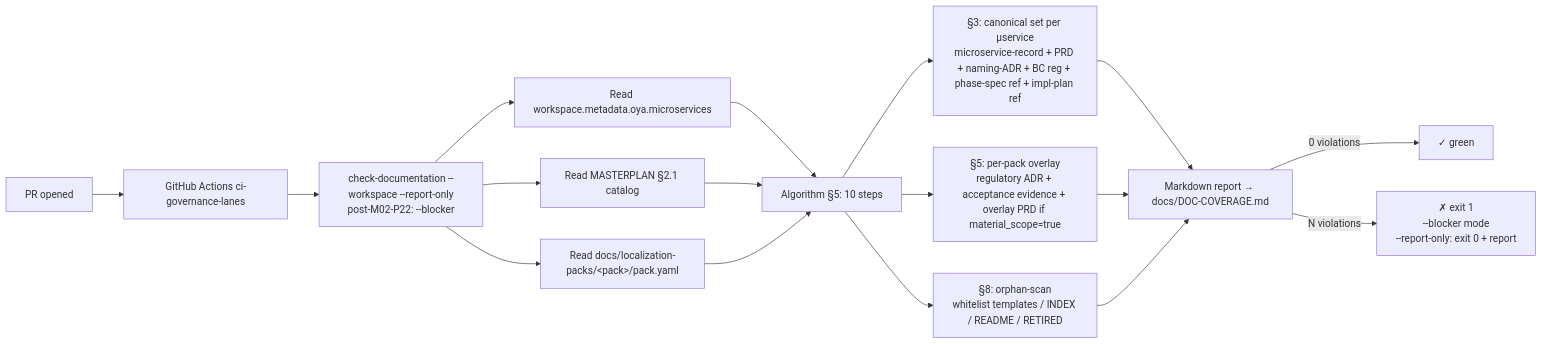
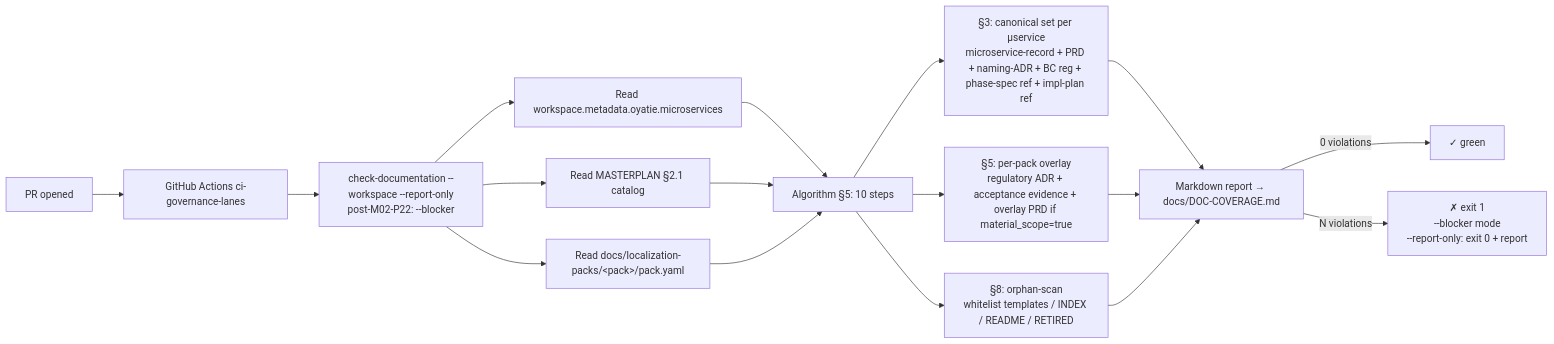
Before and after one commit to oyatie/oyatie: the fifth of 5 diagrams in docs/architecture/product-graph.md, drawn with Mermaid. The commit also changed other lines of this file and 814 other files, not shown here.

````diff
--- a/docs/architecture/product-graph.md
+++ b/docs/architecture/product-graph.md
@@ -625,19 +625,19 @@
 ```mermaid
 flowchart LR
     PR[PR opened] --> CI[GitHub Actions ci-governance-lanes]
     CI --> CheckCov[check-documentation --workspace --report-only<br/>post-M02-P22: --blocker]
-    CheckCov --> ReadWS[Read workspace.metadata.oya.microservices]
+    CheckCov --> ReadWS[Read workspace.metadata.oyatie.microservices]
     CheckCov --> ReadMP[Read MASTERPLAN §2.1 catalog]
     CheckCov --> ReadPack[Read docs/localization-packs/&lt;pack&gt;/pack.yaml]
     ReadWS --> Algo[Algorithm §5: 10 steps]
     ReadMP --> Algo
     ReadPack --> Algo
     Algo --> Step3[§3: canonical set per µservice<br/>microservice-record + PRD + naming-ADR + BC reg + phase-spec ref + impl-plan ref]
     Algo --> Step5[§5: per-pack overlay<br/>regulatory ADR + acceptance evidence + overlay PRD if material_scope=true]
     Algo --> Step8[§8: orphan-scan<br/>whitelist templates / INDEX / README / RETIRED]
     Step3 --> Report[Markdown report → docs/DOC-COVERAGE.md]
     Step5 --> Report
     Step8 --> Report
     Report -->|0 violations| PASS[✓ green]
     Report -->|N violations| FAIL[✗ exit 1<br/>--blocker mode<br/>--report-only: exit 0 + report]
 ```
````
